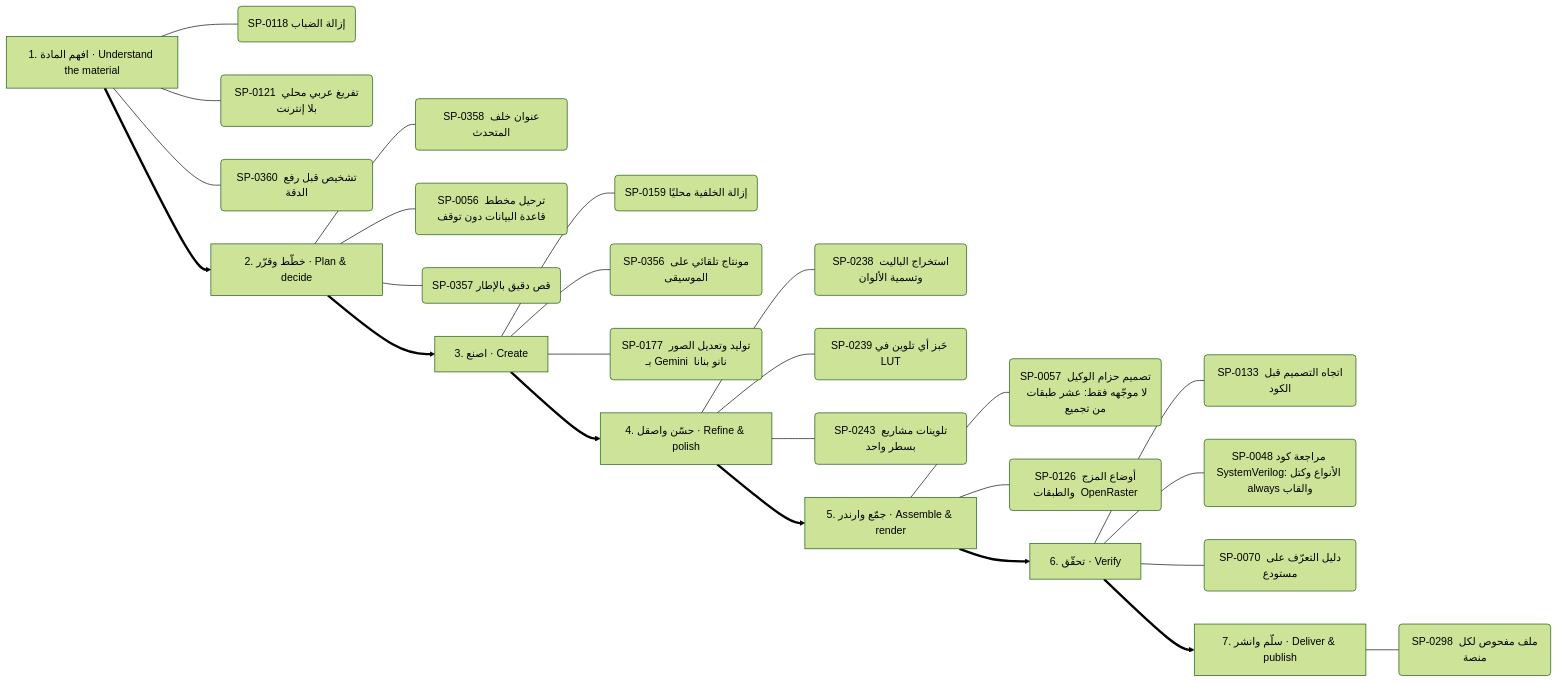
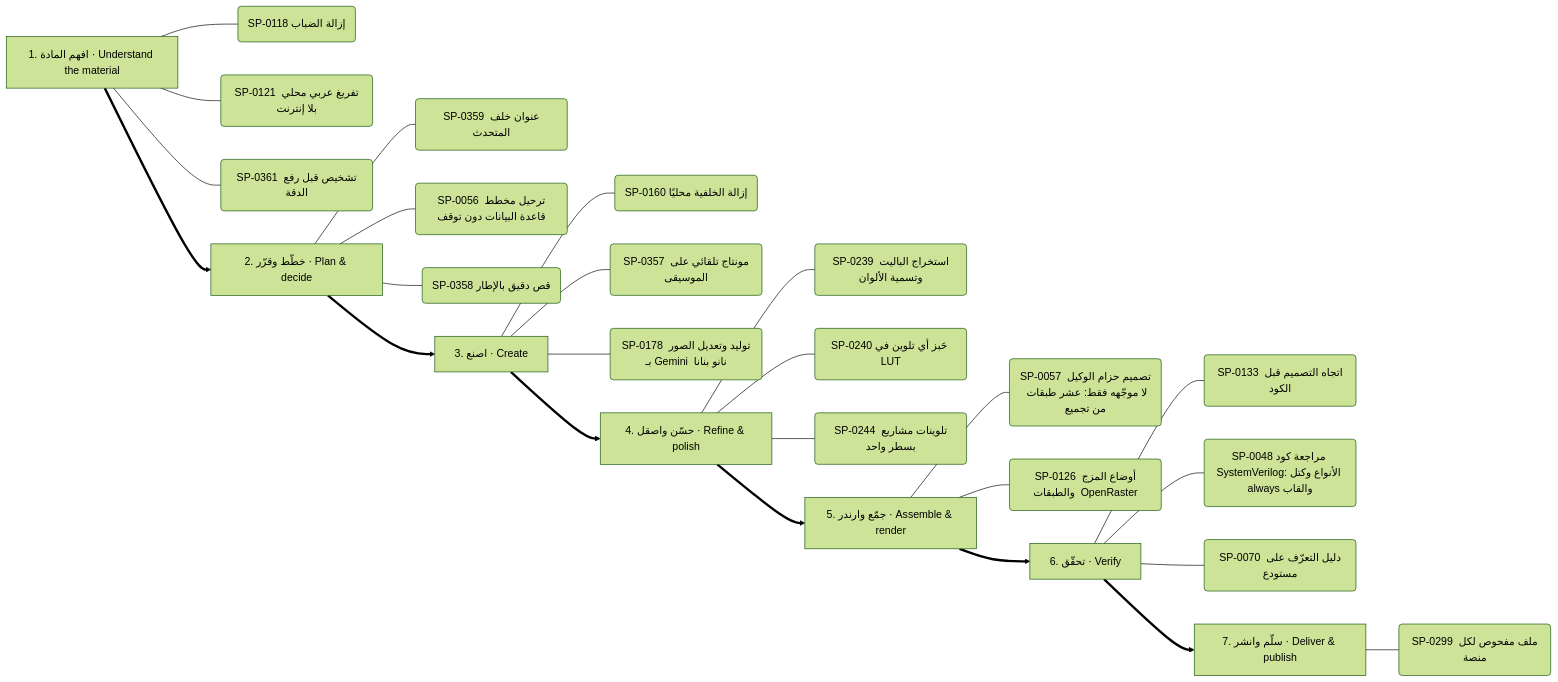
Before and after one commit to kosif199022-jpg/kosif-tool: the seventh of 13 diagrams in .claude/skills/kosif-superpowers/references/capability-mindmap.md, drawn with Mermaid (forest theme). The commit also changed other lines of this file and 61 other files, not shown here.

````diff
--- a/.claude/skills/kosif-superpowers/references/capability-mindmap.md
+++ b/.claude/skills/kosif-superpowers/references/capability-mindmap.md
@@ -368,34 +368,34 @@
 ```mermaid
 flowchart LR
   S0["1. افهم المادة · Understand the material"]
   S0 --- S0_0("SP-0118 إزالة الضباب")
   S0 --- S0_1("SP-0121 تفريغ عربي محلي بلا إنترنت")
-  S0 --- S0_2("SP-0360 تشخيص قبل رفع الدقة")
+  S0 --- S0_2("SP-0361 تشخيص قبل رفع الدقة")
   S1["2. خطّط وقرّر · Plan & decide"]
-  S1 --- S1_0("SP-0358 عنوان خلف المتحدث")
+  S1 --- S1_0("SP-0359 عنوان خلف المتحدث")
   S1 --- S1_1("SP-0056 ترحيل مخطط قاعدة البيانات دون توقف")
-  S1 --- S1_2("SP-0357 قص دقيق بالإطار")
+  S1 --- S1_2("SP-0358 قص دقيق بالإطار")
   S0 ==> S1
   S2["3. اصنع · Create"]
-  S2 --- S2_0("SP-0159 إزالة الخلفية محليًا")
-  S2 --- S2_1("SP-0356 مونتاج تلقائي على الموسيقى")
-  S2 --- S2_2("SP-0177 توليد وتعديل الصور بـ Gemini  نانو بنانا ")
+  S2 --- S2_0("SP-0160 إزالة الخلفية محليًا")
+  S2 --- S2_1("SP-0357 مونتاج تلقائي على الموسيقى")
+  S2 --- S2_2("SP-0178 توليد وتعديل الصور بـ Gemini  نانو بنانا ")
   S1 ==> S2
   S3["4. حسّن واصقل · Refine & polish"]
-  S3 --- S3_0("SP-0238 استخراج الباليت وتسمية الألوان")
-  S3 --- S3_1("SP-0239 خَبز أي تلوين في LUT")
-  S3 --- S3_2("SP-0243 تلوينات مشاريع بسطر واحد")
+  S3 --- S3_0("SP-0239 استخراج الباليت وتسمية الألوان")
+  S3 --- S3_1("SP-0240 خَبز أي تلوين في LUT")
+  S3 --- S3_2("SP-0244 تلوينات مشاريع بسطر واحد")
   S2 ==> S3
   S4["5. جمّع وارندر · Assemble & render"]
   S4 --- S4_0("SP-0057 تصميم حزام الوكيل لا موجّهه فقط: عشر طبقات من تجميع ")
   S4 --- S4_1("SP-0126 أوضاع المزج والطبقات  OpenRaster ")
   S3 ==> S4
   S5["6. تحقّق · Verify"]
   S5 --- S5_0("SP-0133 اتجاه التصميم قبل الكود")
   S5 --- S5_1("SP-0048 مراجعة كود SystemVerilog: الأنواع وكتل always والقاب")
   S5 --- S5_2("SP-0070 دليل التعرّف على مستودع")
   S4 ==> S5
   S6["7. سلّم وانشر · Deliver & publish"]
-  S6 --- S6_0("SP-0298 ملف مفحوص لكل منصة")
+  S6 --- S6_0("SP-0299 ملف مفحوص لكل منصة")
   S5 ==> S6
 ```
````
